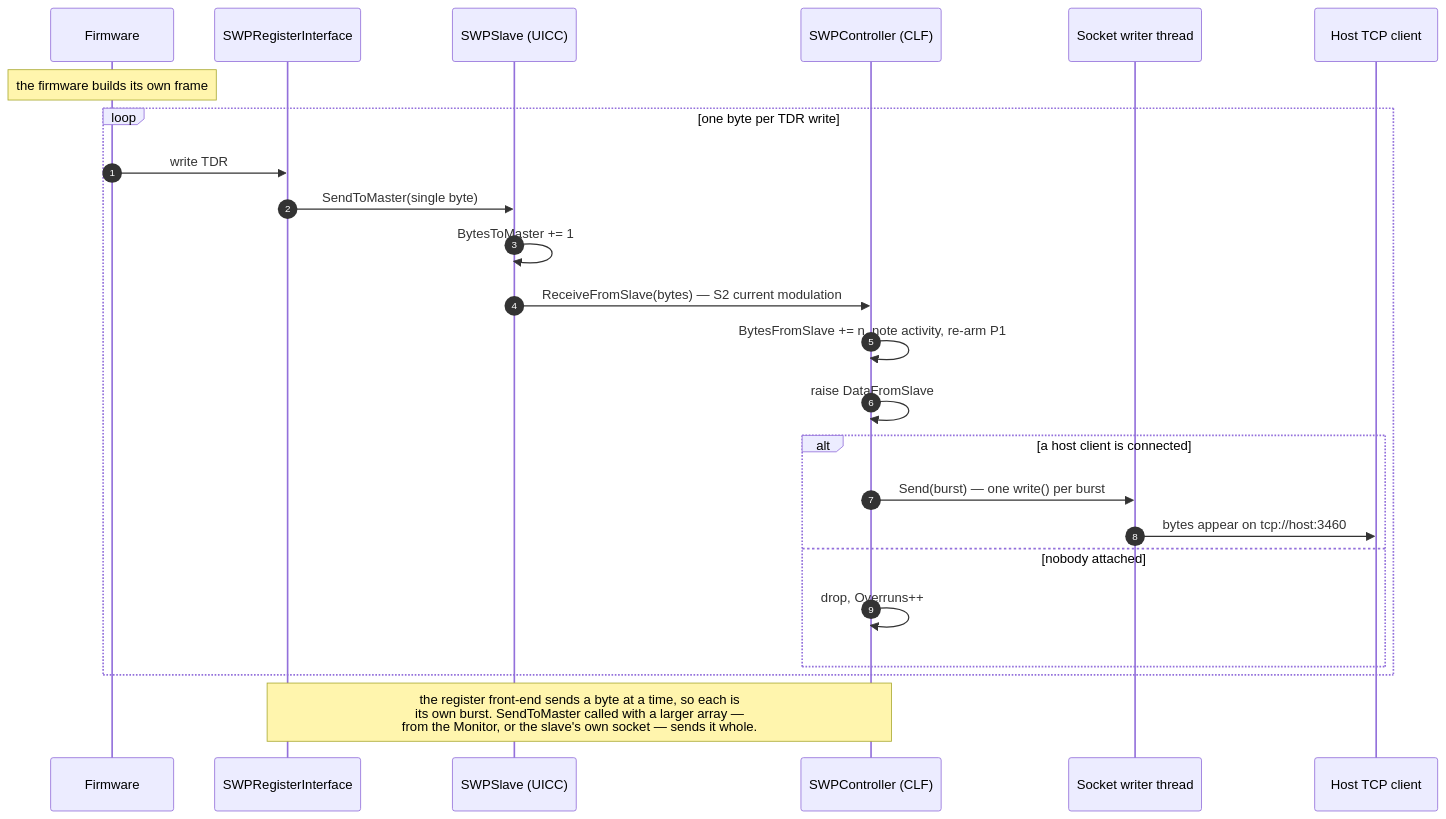
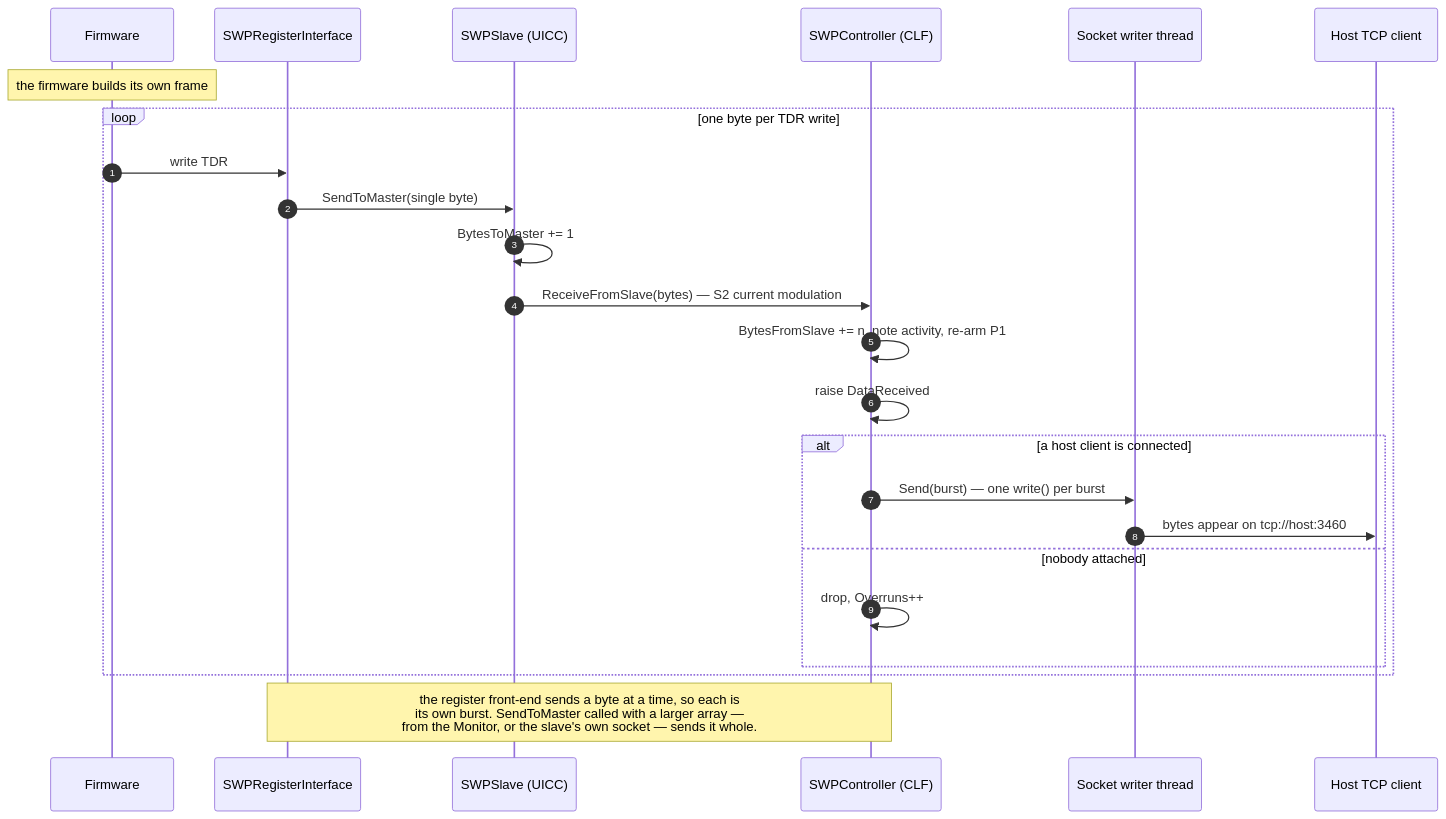
The eighth of 9 diagrams in README.md (boulisshugo/SWP-renode-master-slave-TCP), drawn with Mermaid before and after one commit. The commit also changed other lines of this file and 7 other files, not shown here.

````diff
--- a/README.md
+++ b/README.md
@@ -356,27 +359,27 @@
 ```mermaid
 sequenceDiagram
     autonumber
     participant F as Firmware
     participant R as SWPRegisterInterface
     participant S as SWPSlave (UICC)
     participant C as SWPController (CLF)
     participant SK as Socket writer thread
     participant H as Host TCP client
 
     Note over F: the firmware builds its own frame
     loop one byte per TDR write
         F->>R: write TDR
         R->>S: SendToMaster(single byte)
         S->>S: BytesToMaster += 1
         S->>C: ReceiveFromSlave(bytes) — S2 current modulation
         C->>C: BytesFromSlave += n, note activity, re-arm P1
-        C->>C: raise DataFromSlave
+        C->>C: raise DataReceived
         alt a host client is connected
             C->>SK: Send(burst) — one write() per burst
             SK->>H: bytes appear on tcp://host:3460
         else nobody attached
             C->>C: drop, Overruns++
         end
     end
     Note over R,C: the register front-end sends a byte at a time, so each is<br/>its own burst. SendToMaster called with a larger array —<br/>from the Monitor, or the slave's own socket — sends it whole.
 ```
````
